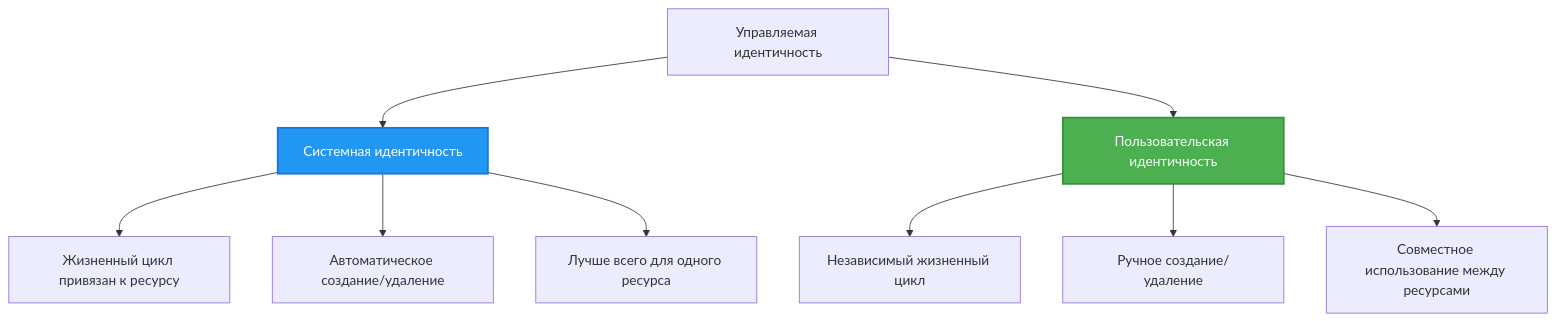
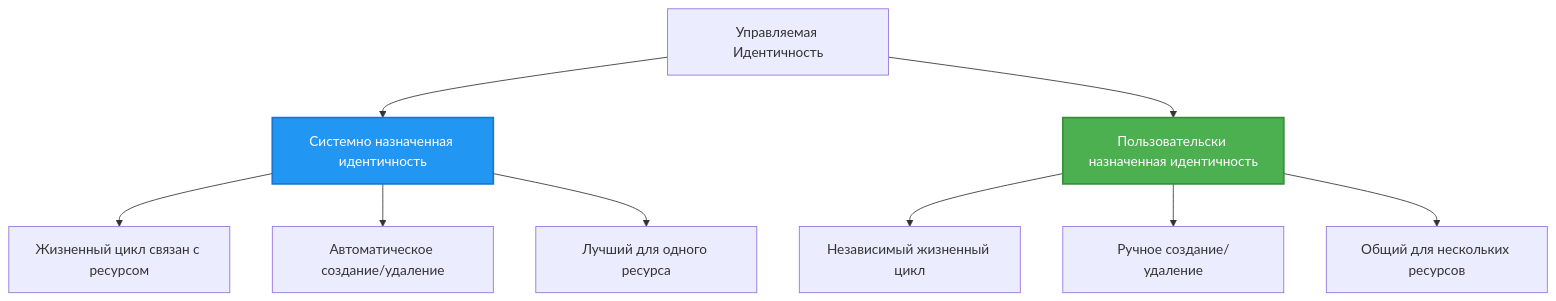
The second of 2 diagrams in translations/ru/docs/chapter-03-configuration/authsecurity.md (microsoft/AZD-for-beginners), drawn with Mermaid before and after one commit. The commit also changed other lines of this file and 104 other files, not shown here.

````diff
--- a/translations/ru/docs/chapter-03-configuration/authsecurity.md
+++ b/translations/ru/docs/chapter-03-configuration/authsecurity.md
@@ -97,20 +98,20 @@
 ```mermaid
 graph TB
-    MI[Управляемая идентичность]
-    SystemAssigned[Системная идентичность]
-    UserAssigned[Пользовательская идентичность]
+    MI[Управляемая Идентичность]
+    SystemAssigned[Системно назначенная идентичность]
+    UserAssigned[Пользовательски назначенная идентичность]
     
     MI --> SystemAssigned
     MI --> UserAssigned
     
-    SystemAssigned --> SA1[Жизненный цикл привязан к ресурсу]
+    SystemAssigned --> SA1[Жизненный цикл связан с ресурсом]
     SystemAssigned --> SA2[Автоматическое создание/удаление]
-    SystemAssigned --> SA3[Лучше всего для одного ресурса]
+    SystemAssigned --> SA3[Лучший для одного ресурса]
     
     UserAssigned --> UA1[Независимый жизненный цикл]
     UserAssigned --> UA2[Ручное создание/удаление]
-    UserAssigned --> UA3[Совместное использование между ресурсами]
+    UserAssigned --> UA3[Общий для нескольких ресурсов]
     
     style SystemAssigned fill:#2196F3,stroke:#1976D2,stroke-width:2px,color:#fff
     style UserAssigned fill:#4CAF50,stroke:#388E3C,stroke-width:2px,color:#fff
 ```
````
